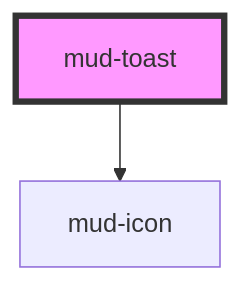
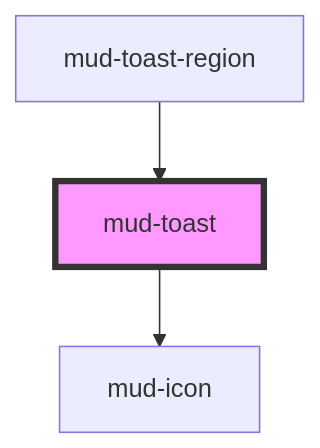
Before and after one commit to egov-moldova/design-system: the diagram in src/components/mud-toast/readme.md, drawn with Mermaid. The commit also changed other lines of this file and 11 other files, not shown here.

First line of the commit message:
feat(toast-region): add mud-toast-region to place, stack and dismiss toasts

````diff
--- a/src/components/mud-toast/readme.md
+++ b/src/components/mud-toast/readme.md
@@ -86,5 +90,6 @@
 ```mermaid
 graph TD;
   mud-toast --> mud-icon
+  mud-toast-region --> mud-toast
   style mud-toast fill:#f9f,stroke:#333,stroke-width:4px
 ```
````
